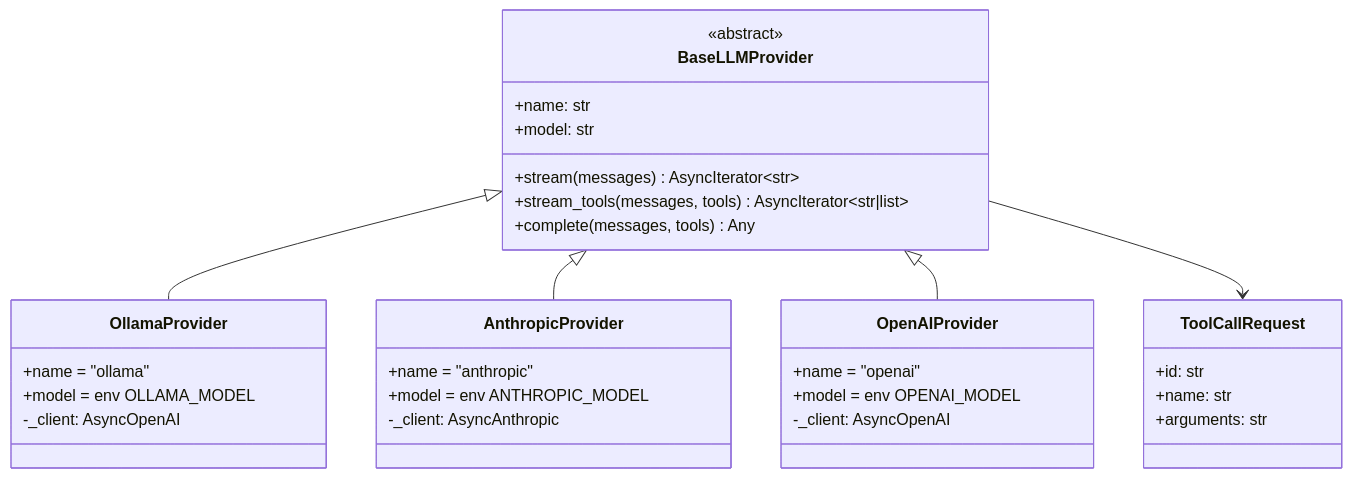
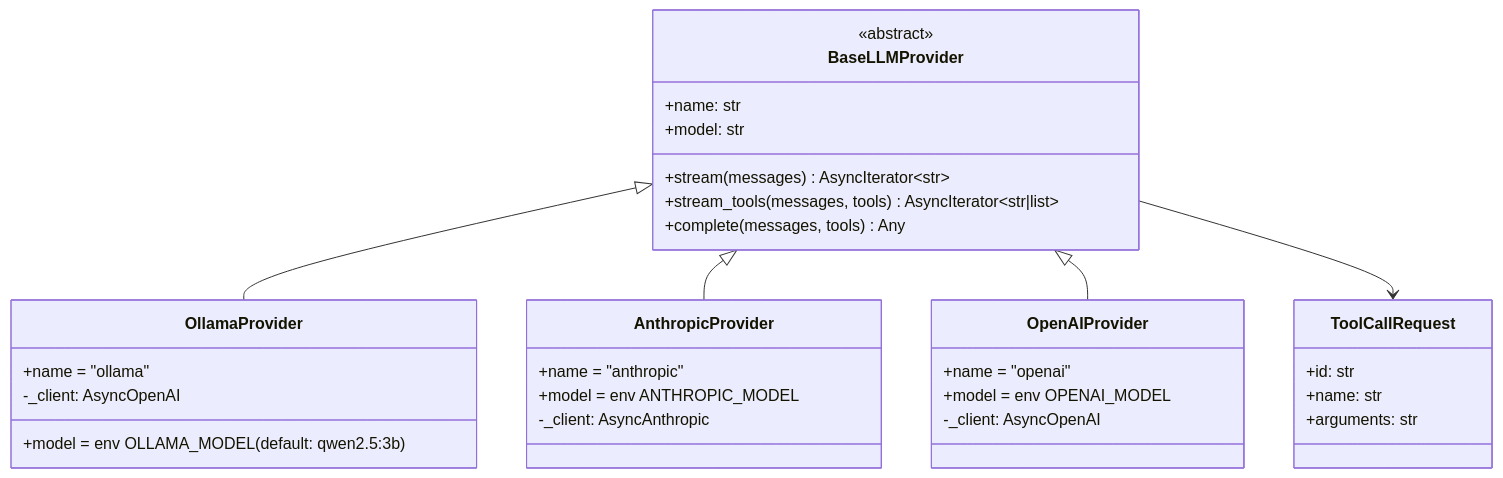
One commit to KhunKomkrit/agentbk changed the first of 4 diagrams in docs/04-llm-providers.md. Above: the diagram before and after it, drawn with Mermaid. The commit also changed other lines of this file and 12 other files, not shown here.

First line of the commit message:
feat: integrate OllamaManager for auto-start and model management

````diff
--- a/docs/04-llm-providers.md
+++ b/docs/04-llm-providers.md
@@ -8,40 +8,40 @@
 ```mermaid
 classDiagram
     class BaseLLMProvider {
         <<abstract>>
         +name: str
         +model: str
         +stream(messages) AsyncIterator~str~
         +stream_tools(messages, tools) AsyncIterator~str|list~
         +complete(messages, tools) Any
     }
 
     class ToolCallRequest {
         +id: str
         +name: str
         +arguments: str
     }
 
     class OllamaProvider {
         +name = "ollama"
-        +model = env OLLAMA_MODEL
+        +model = env OLLAMA_MODEL (default: qwen2.5:3b)
         -_client: AsyncOpenAI
     }
 
     class AnthropicProvider {
         +name = "anthropic"
         +model = env ANTHROPIC_MODEL
         -_client: AsyncAnthropic
     }
 
     class OpenAIProvider {
         +name = "openai"
         +model = env OPENAI_MODEL
         -_client: AsyncOpenAI
     }
 
     BaseLLMProvider <|-- OllamaProvider
     BaseLLMProvider <|-- AnthropicProvider
     BaseLLMProvider <|-- OpenAIProvider
     BaseLLMProvider --> ToolCallRequest
 ```
````
